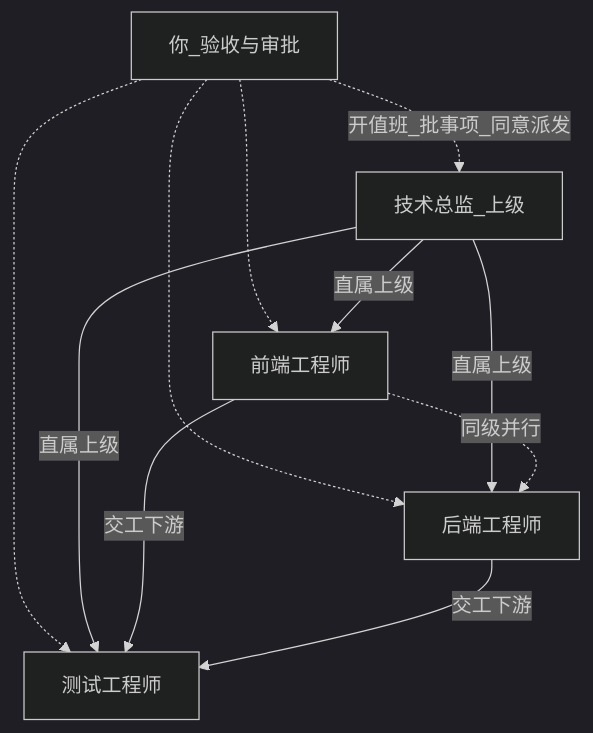
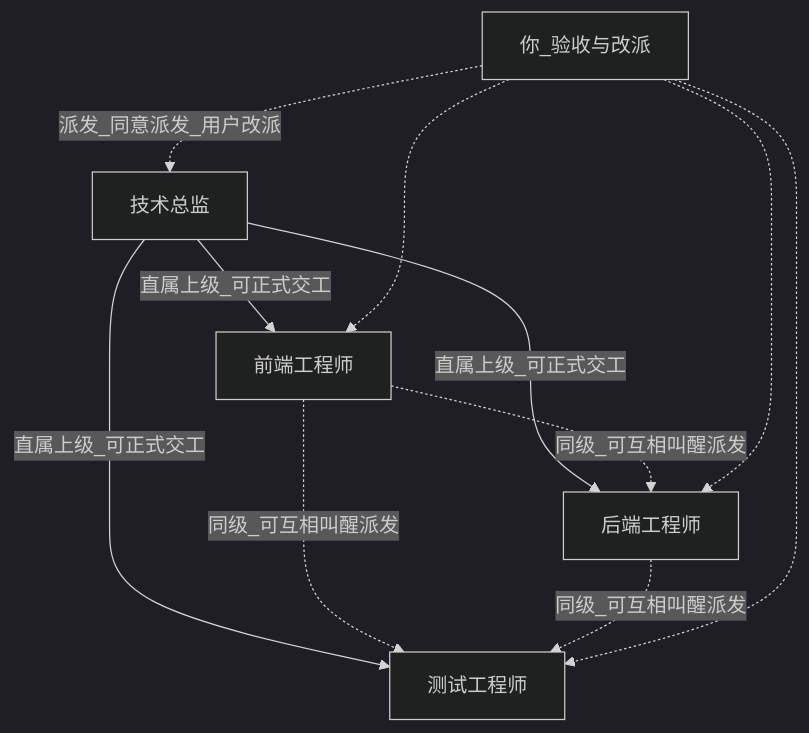
Before and after one commit to EvovexAI/EvoFlow: the fourth of 6 diagrams in docs/user/explanation/smart-employees.md, drawn with Mermaid (dark theme). The commit also changed other lines of this file and 76 other files, not shown here.

````diff
--- a/docs/user/explanation/smart-employees.md
+++ b/docs/user/explanation/smart-employees.md
@@ -65,19 +235,19 @@
 ```mermaid
 flowchart TB
-  you[你_验收与审批]
-  cto[技术总监_上级]
+  you[你_验收与改派]
+  cto[技术总监]
   fe[前端工程师]
   be[后端工程师]
   qa[测试工程师]
 
-  you -.->|开值班_批事项_同意派发| cto
+  cto -->|直属上级_可正式交工| fe
+  cto -->|直属上级_可正式交工| be
+  cto -->|直属上级_可正式交工| qa
+  fe -.->|同级_可互相叫醒派发| be
+  fe -.->|同级_可互相叫醒派发| qa
+  be -.->|同级_可互相叫醒派发| qa
+  you -.->|派发_同意派发_用户改派| cto
   you -.-> fe
   you -.-> be
   you -.-> qa
-  cto -->|直属上级| fe
-  cto -->|直属上级| be
-  cto -->|直属上级| qa
-  fe -.->|同级并行| be
-  fe -->|交工下游| qa
-  be -->|交工下游| qa
 ```
````
